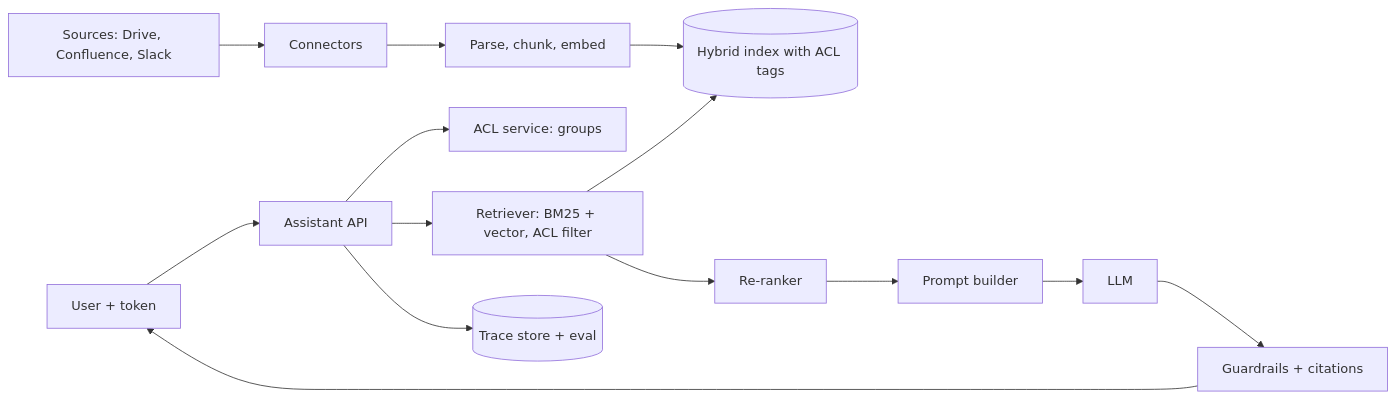
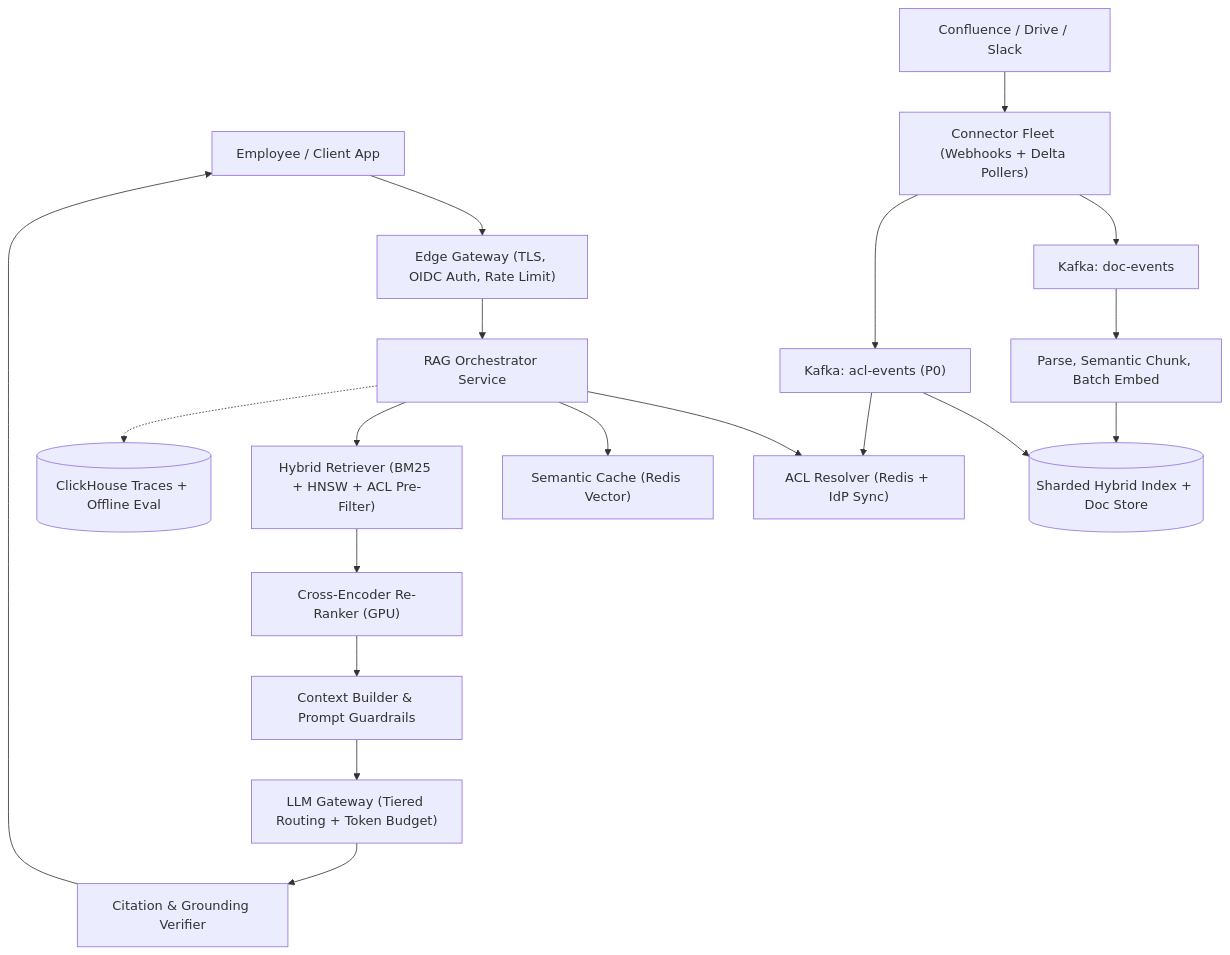
The fourth of 5 diagrams in content/system-design/22-interview-design-problems/35-design-a-rag-knowledge-assistant/README.md (TapanKumarBarik/Backend-roadmap), drawn with Mermaid before and after one commit. The commit also changed other lines of this file and 37 other files, not shown here.

Commit message:
Upgrade Track 22 (37 interview design problems) with scale-by-scale architecture evolution

````diff
--- a/content/system-design/22-interview-design-problems/35-design-a-rag-knowledge-assistant/README.md
+++ b/content/system-design/22-interview-design-problems/35-design-a-rag-knowledge-assistant/README.md
@@ -108,11 +243,24 @@
 ```mermaid
-flowchart LR
-  SRC["Sources: Drive, Confluence, Slack"] --> CON["Connectors"] --> PIPE["Parse, chunk, embed"] --> IDX[("Hybrid index with ACL tags")]
-  U["User + token"] --> GW["Assistant API"]
-  GW --> AC["ACL service: groups"]
-  GW --> RET["Retriever: BM25 + vector, ACL filter"] --> IDX
-  RET --> RR["Re-ranker"]
-  RR --> PB["Prompt builder"] --> LLM["LLM"]
-  LLM --> GR["Guardrails + citations"] --> U
-  GW --> TR[("Trace store + eval")]
+flowchart TB
+  U["Employee / Client App"] --> EDGE["Edge Gateway (TLS, OIDC Auth, Rate Limit)"]
+  EDGE --> ORCH["RAG Orchestrator Service"]
+
+  ORCH --> ACL["ACL Resolver (Redis + IdP Sync)"]
+  ORCH --> SC["Semantic Cache (Redis Vector)"]
+  ORCH --> RET["Hybrid Retriever (BM25 + HNSW + ACL Pre-Filter)"]
+  RET --> RR["Cross-Encoder Re-Ranker (GPU)"]
+  RR --> GRD["Context Builder & Prompt Guardrails"]
+  GRD --> LLMG["LLM Gateway (Tiered Routing + Token Budget)"]
+  LLMG --> VER["Citation & Grounding Verifier"]
+  VER --> U
+
+  ORCH -.-> OBS[("ClickHouse Traces + Offline Eval")]
+
+  SRC["Confluence / Drive / Slack"] --> CON["Connector Fleet (Webhooks + Delta Pollers)"]
+  CON --> K_DOC["Kafka: doc-events"]
+  CON --> K_ACL["Kafka: acl-events (P0)"]
+  K_DOC --> PIPE["Parse, Semantic Chunk, Batch Embed"]
+  PIPE --> IDX[("Sharded Hybrid Index + Doc Store")]
+  K_ACL --> IDX
+  K_ACL --> ACL
 ```
````
